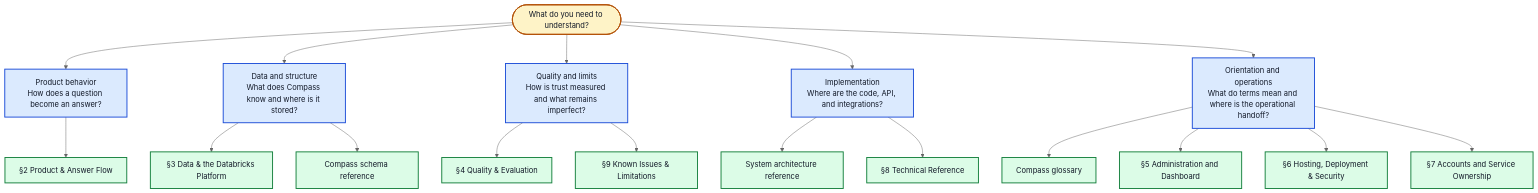
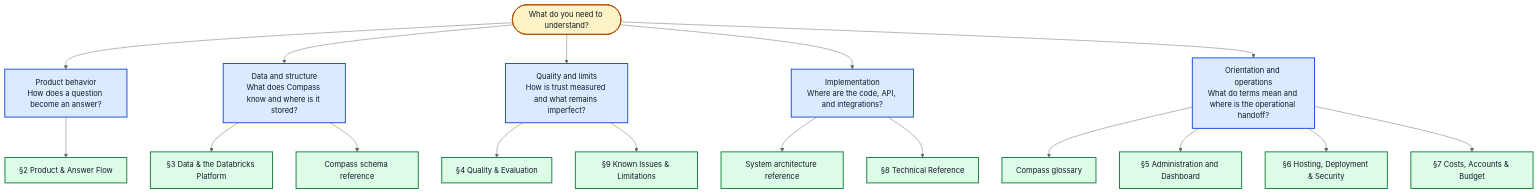
The second of 2 diagrams in docs/01-start-here.md (Starling-Strategy/compass), drawn with Mermaid (neutral theme) before and after one commit. The commit also changed other lines of this file and 7 other files, not shown here.

````diff
--- a/docs/01-start-here.md
+++ b/docs/01-start-here.md
@@ -107,30 +107,30 @@
 ```mermaid
 flowchart TD
     START([What do you need to understand?])
 
     START --> PRODUCT["Product behavior<br/>How does a question become an answer?"]
     START --> DATA["Data and structure<br/>What does Compass know and where is it stored?"]
     START --> TRUST["Quality and limits<br/>How is trust measured and what remains imperfect?"]
     START --> TECH["Implementation<br/>Where are the code, API, and integrations?"]
     START --> ORIENT["Orientation and operations<br/>What do terms mean and where is the operational handoff?"]
 
     PRODUCT --> D2["§2 Product & Answer Flow"]
     DATA --> D3["§3 Data & the Databricks Platform"]
     DATA --> DS["Compass schema reference"]
     TRUST --> D4["§4 Quality & Evaluation"]
     TRUST --> D9["§9 Known Issues & Limitations"]
     TECH --> ARCH["System architecture reference"]
     TECH --> D8["§8 Technical Reference"]
     ORIENT --> DG["Compass glossary"]
     ORIENT --> D5["§5 Administration and Dashboard"]
     ORIENT --> D6["§6 Hosting, Deployment & Security"]
-    ORIENT --> D7["§7 Accounts and Service Ownership"]
+    ORIENT --> D7["§7 Costs, Accounts & Budget"]
 
     classDef start fill:#fef3c7,stroke:#b45309,stroke-width:2px,color:#111827
     classDef question fill:#dbeafe,stroke:#1d4ed8,stroke-width:2px,color:#111827
     classDef destination fill:#dcfce7,stroke:#15803d,stroke-width:2px,color:#111827
 
     class START start
     class PRODUCT,DATA,TRUST,TECH,ORIENT question
     class D2,D3,DS,D4,ARCH,D8,D9,DG,D5,D6,D7 destination
 ```
````
